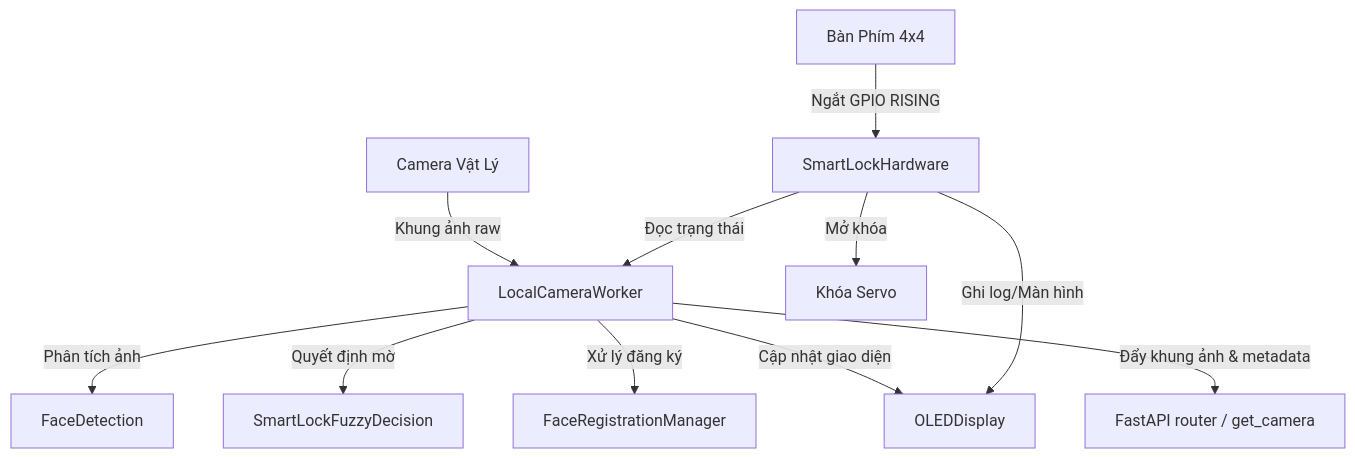
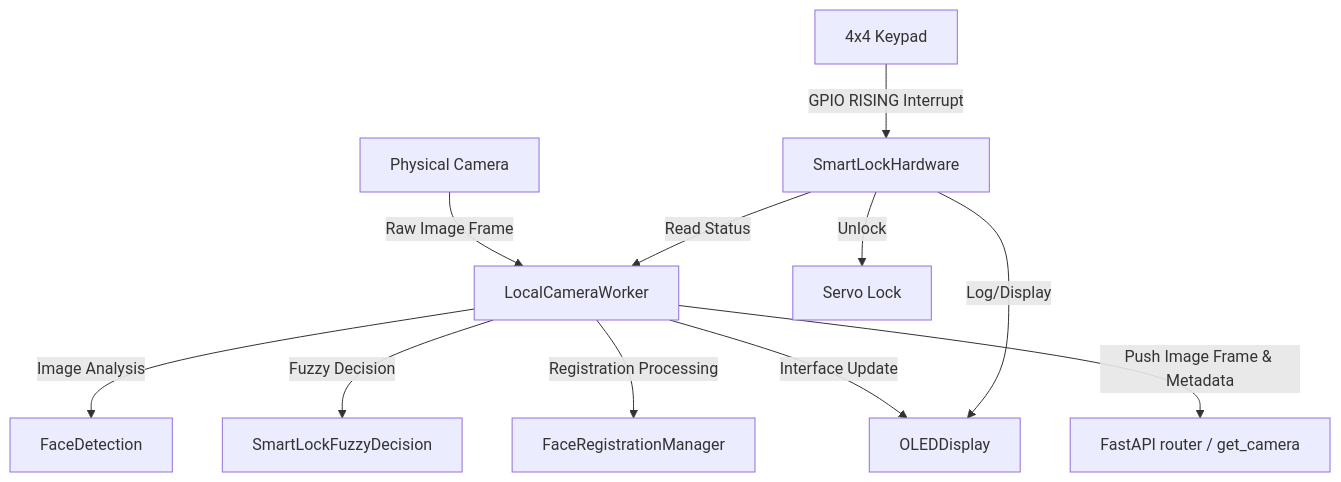
Before and after one commit to chisphung/SmartLock_Fuzzy: the diagram in backend/services/README.md, drawn with Mermaid. The commit also changed other lines of this file and 12 other files, not shown here.

````diff
--- a/backend/services/README.md
+++ b/backend/services/README.md
@@ -13,18 +13,18 @@
 ```mermaid
 graph TD
-    %% Định nghĩa các node chính
-    Cam[Camera Vật Lý] -->|Khung ảnh raw| Worker[LocalCameraWorker]
-    Worker -->|Phân tích ảnh| Det[FaceDetection]
-    Worker -->|Quyết định mờ| Fuzzy[SmartLockFuzzyDecision]
-    Worker -->|Xử lý đăng ký| Reg[FaceRegistrationManager]
-    Worker -->|Cập nhật giao diện| OLED[OLEDDisplay]
+    %% Main nodes definition
+    Cam[Physical Camera] -->|Raw Image Frame| Worker[LocalCameraWorker]
+    Worker -->|Image Analysis| Det[FaceDetection]
+    Worker -->|Fuzzy Decision| Fuzzy[SmartLockFuzzyDecision]
+    Worker -->|Registration Processing| Reg[FaceRegistrationManager]
+    Worker -->|Interface Update| OLED[OLEDDisplay]
     
-    %% Tương tác phần cứng và người dùng
-    Keypad[Bàn Phím 4x4] -->|Ngắt GPIO RISING| HW[SmartLockHardware]
-    HW -->|Mở khóa| Servo[Khóa Servo]
-    HW -->|Đọc trạng thái| Worker
-    HW -->|Ghi log/Màn hình| OLED
+    %% Hardware and user interaction
+    Keypad[4x4 Keypad] -->|GPIO RISING Interrupt| HW[SmartLockHardware]
+    HW -->|Unlock| Servo[Servo Lock]
+    HW -->|Read Status| Worker
+    HW -->|Log/Display| OLED
     
     %% API
-    Worker -->|Đẩy khung ảnh & metadata| API[FastAPI router / get_camera]
+    Worker -->|Push Image Frame & Metadata| API[FastAPI router / get_camera]
 ```
````
